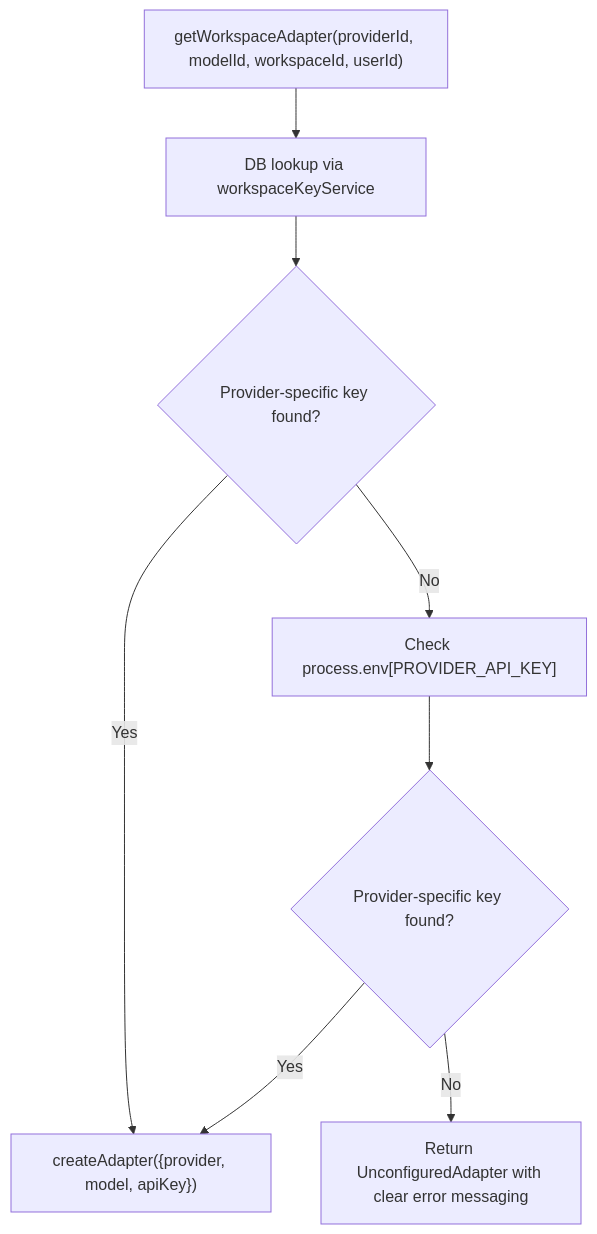
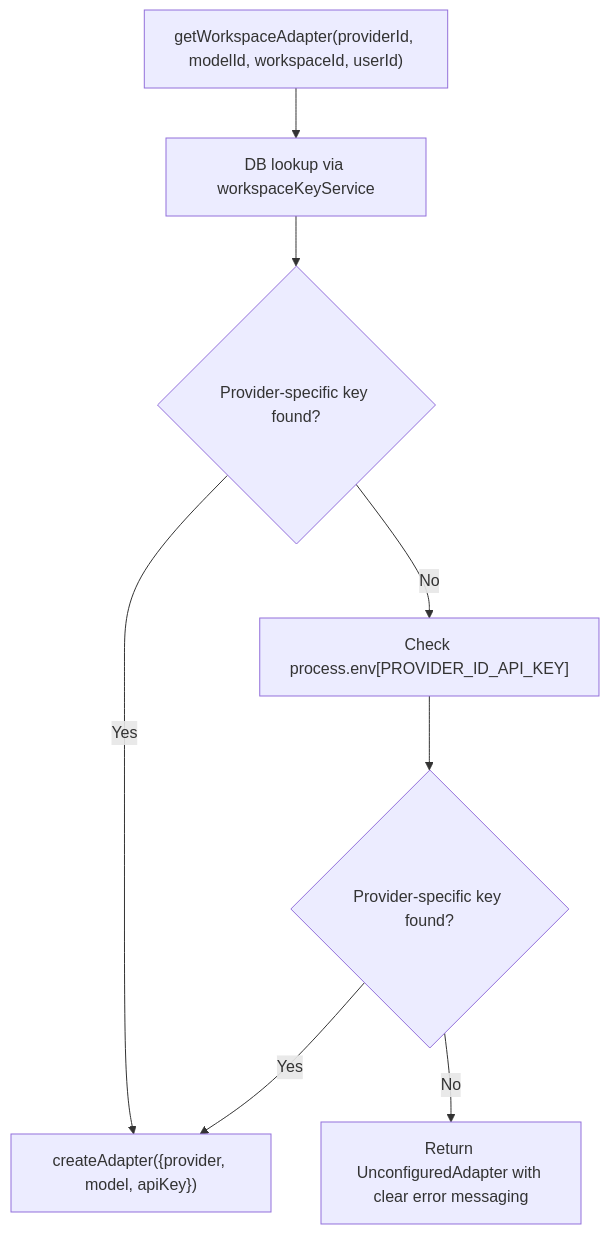
One commit to shekhargiri005-dotcom/AI-powered-accessibility-first-UI-engine changed the eighth of 10 diagrams in .qoder/repowiki/en/content/Architecture & Design/Layered Architecture/Business Logic Layer/AI Provider Adapter System.md. Above: the diagram before and after it, drawn with Mermaid. The commit also changed other lines of this file and 71 other files, not shown here.

````diff
--- a/.qoder/repowiki/en/content/Architecture & Design/Layered Architecture/Business Logic Layer/AI Provider Adapter System.md
+++ b/.qoder/repowiki/en/content/Architecture & Design/Layered Architecture/Business Logic Layer/AI Provider Adapter System.md
@@ -403,10 +399,10 @@
 ```mermaid
 flowchart TD
 A["getWorkspaceAdapter(providerId, modelId, workspaceId, userId)"] --> B["DB lookup via workspaceKeyService"]
 B --> C{"Provider-specific key found?"}
 C -- Yes --> D["createAdapter({provider, model, apiKey})"]
-C -- No --> E["Check process.env[PROVIDER_API_KEY]"]
+C -- No --> E["Check process.env[PROVIDER_ID_API_KEY]"]
 E --> F{"Provider-specific key found?"}
 F -- Yes --> D
 F -- No --> G["Return UnconfiguredAdapter with clear error messaging"]
 ```
````
